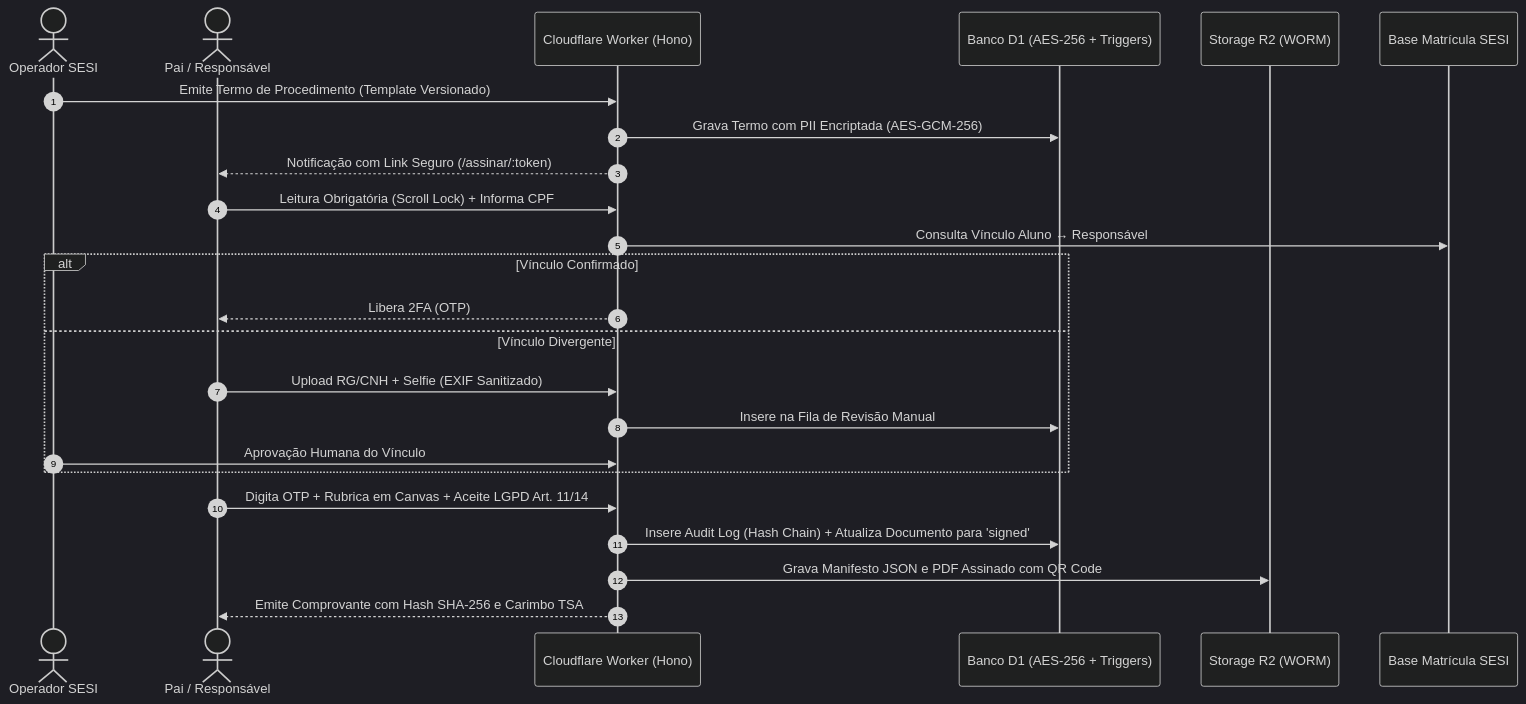
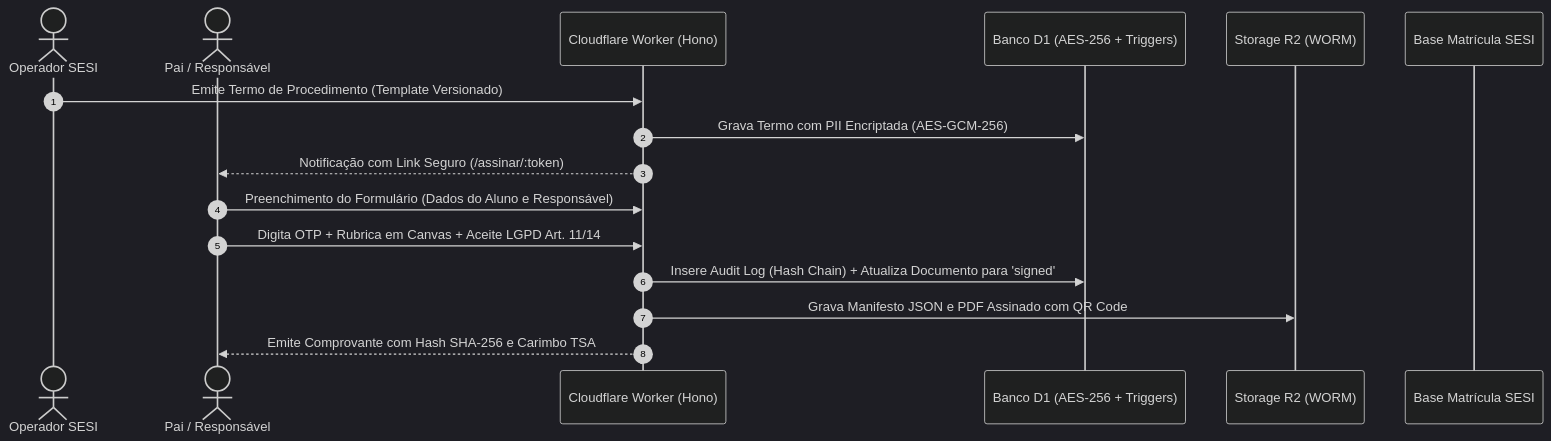
One commit to madebycotrim/Catraki---SESI changed the diagram in docs/ripd.md. Above: the diagram before and after it, drawn with Mermaid (dark theme). The commit also changed other lines of this file and 12 other files, not shown here.

Commit message:
feat: implement signature module with wizard, API routes, cron jobs, and validation schemas

````diff
--- a/docs/ripd.md
+++ b/docs/ripd.md
@@ -41,27 +41,19 @@
 ```mermaid
 sequenceDiagram
     autonumber
     actor Admin as Operador SESI
     actor Resp as Pai / Responsável
     participant Worker as Cloudflare Worker (Hono)
     participant D1 as Banco D1 (AES-256 + Triggers)
     participant R2 as Storage R2 (WORM)
     participant SESI_DB as Base Matrícula SESI
 
     Admin->>Worker: Emite Termo de Procedimento (Template Versionado)
     Worker->>D1: Grava Termo com PII Encriptada (AES-GCM-256)
     Worker-->>Resp: Notificação com Link Seguro (/assinar/:token)
-    Resp->>Worker: Leitura Obrigatória (Scroll Lock) + Informa CPF
-    Worker->>SESI_DB: Consulta Vínculo Aluno ↔ Responsável
-    alt Vínculo Confirmado
-        Worker-->>Resp: Libera 2FA (OTP)
-    else Vínculo Divergente
-        Resp->>Worker: Upload RG/CNH + Selfie (EXIF Sanitizado)
-        Worker->>D1: Insere na Fila de Revisão Manual
-        Admin->>Worker: Aprovação Humana do Vínculo
-    end
+    Resp->>Worker: Preenchimento do Formulário (Dados do Aluno e Responsável)
     Resp->>Worker: Digita OTP + Rubrica em Canvas + Aceite LGPD Art. 11/14
     Worker->>D1: Insere Audit Log (Hash Chain) + Atualiza Documento para 'signed'
     Worker->>R2: Grava Manifesto JSON e PDF Assinado com QR Code
     Worker-->>Resp: Emite Comprovante com Hash SHA-256 e Carimbo TSA
 ```
````
